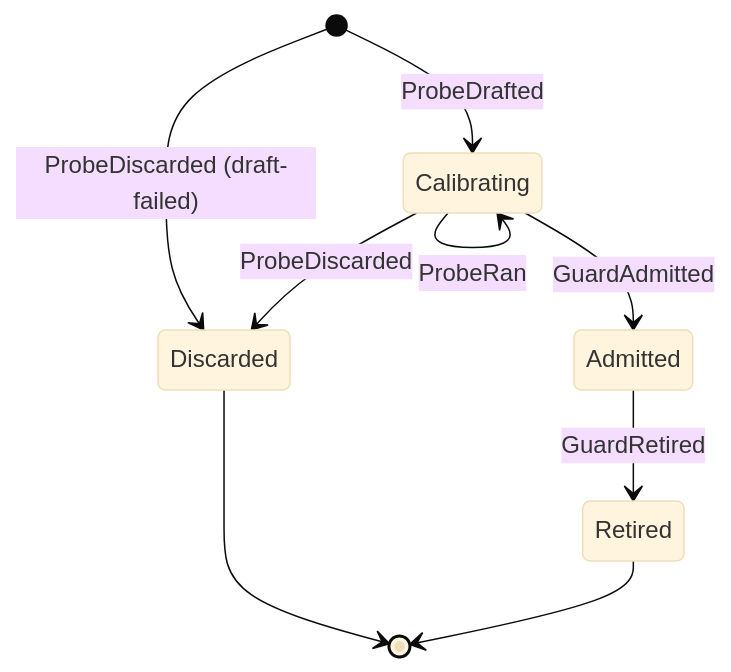
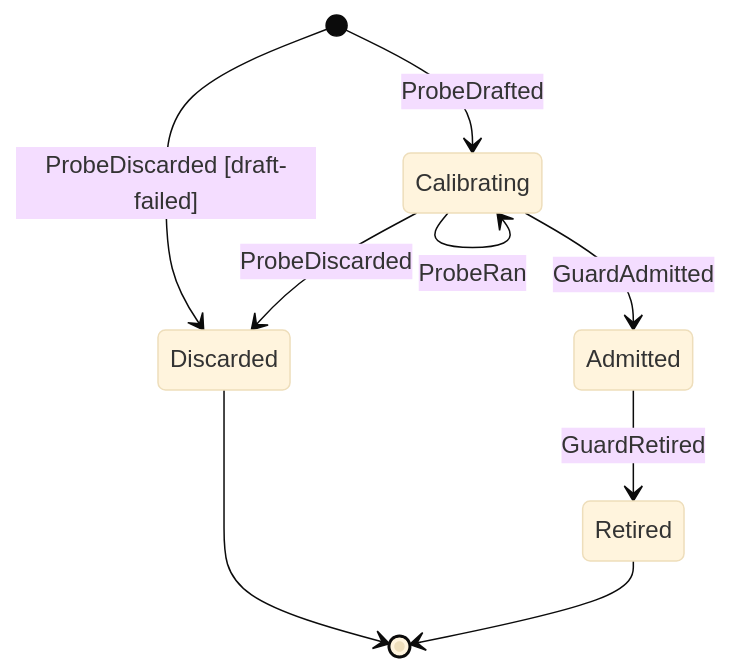
One commit to bimsonz/keel changed the fourth of 12 diagrams in docs/domain/state-machines.md. Above: the diagram before and after it, drawn with Mermaid (base theme). The commit also changed other lines of this file and 22 other files, not shown here.

````diff
--- a/docs/domain/state-machines.md
+++ b/docs/domain/state-machines.md
@@ -247,11 +250,11 @@
 ```mermaid
 stateDiagram-v2
   [*] --> Calibrating: ProbeDrafted
-  [*] --> Discarded: ProbeDiscarded (draft-failed)
+  [*] --> Discarded: ProbeDiscarded [draft-failed]
   Calibrating --> Calibrating: ProbeRan
   Calibrating --> Admitted: GuardAdmitted
   Calibrating --> Discarded: ProbeDiscarded
   Admitted --> Retired: GuardRetired
   Discarded --> [*]
   Retired --> [*]
 ```
````
